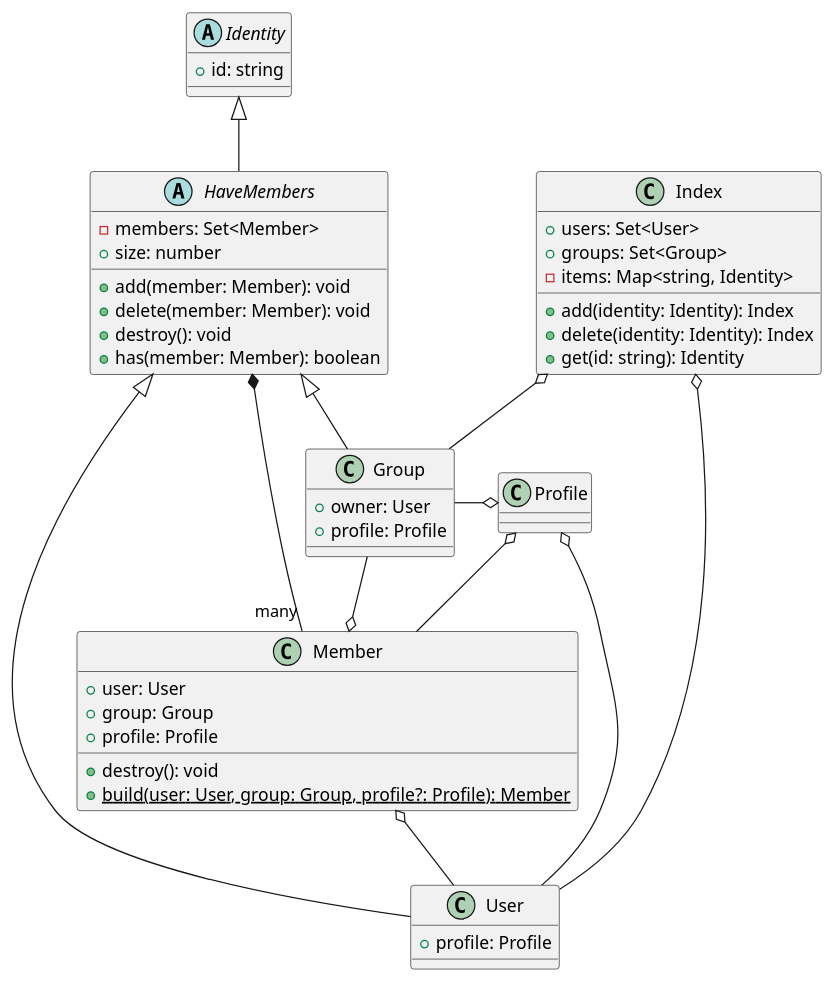
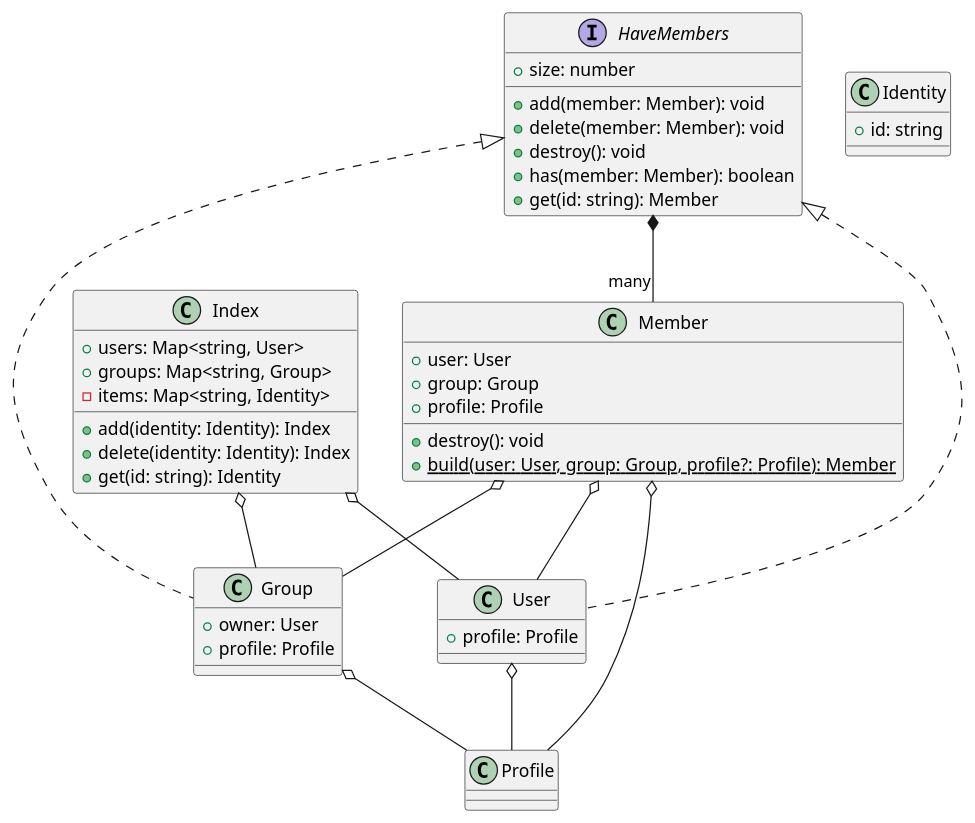
One commit to Eldynn/index changed the diagram in docs/index.puml. Above: the diagram before and after it, drawn with PlantUML. The commit also changed 11 other files, not shown here.

```diff
--- a/docs/index.puml
+++ b/docs/index.puml
@@ -1,46 +1,47 @@
 @startuml
 class Profile {
 }
-class User extends HaveMembers {
+class Identity {
+    +id: string
+}
+class User implements HaveMembers {
     +profile: Profile
 }
 class Member {
     +user: User
     +group: Group
     +profile: Profile
     +destroy(): void
     +{static} build(user: User, group: Group, profile?: Profile): Member
 }
-abstract class Identity {
-    +id: string
-}
-abstract class HaveMembers extends Identity {
-    -members: Set<Member>
+interface HaveMembers {
+    +size: number
     +add(member: Member): void
     +delete(member: Member): void
     +destroy(): void
-    +size: number
     +has(member: Member): boolean
+    +get(id: string): Member
 }
-class Group extends HaveMembers {
+class Group implements HaveMembers {
     +owner: User
     +profile: Profile
 }
 class Index {
-    +users: Set<User>
-    +groups: Set<Group>
+    +users: Map<string, User>
+    +groups: Map<string, Group>
     -items: Map<string, Identity>
     +add(identity: Identity): Index
     +delete(identity: Identity): Index
     +get(id: string): Identity
 }
 
 Index o-- User
 Index o-- Group
+User o-- Profile
+Group o-- Profile
+Member o-- Profile
+
 Member o-- Group
 Member o-- User
 HaveMembers *-- "many" Member
-Profile o---l User
-Profile o---l Group
-Profile o-- Member
 @enduml
```
